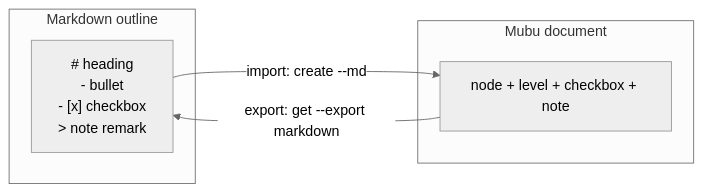
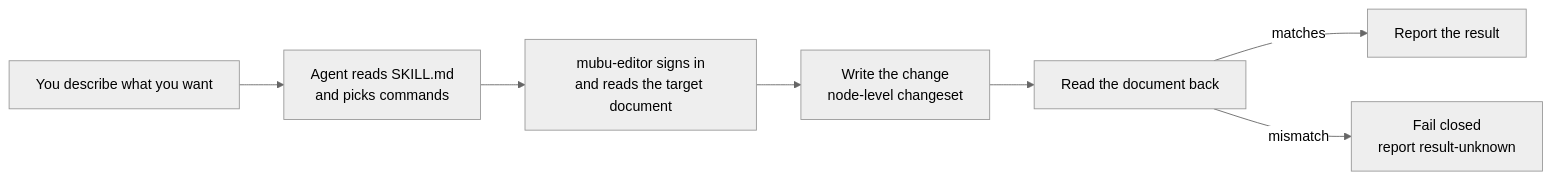
Before and after one commit to Rainier-Z/mubu-editor: the diagram in README.md, drawn with Mermaid (neutral theme). The commit also changed other lines of this file and 8 other files, not shown here.

First line of the commit message:
docs: align on the Agent-Skill positioning and normalise Skill deployment

````diff
--- a/README.md
+++ b/README.md
@@ -179,11 +58,9 @@
 ```mermaid
 flowchart LR
-    subgraph MD[Markdown outline]
-        M["# heading<br>- bullet<br>- [x] checkbox<br>&gt; note remark"]
-    end
-    subgraph MU[Mubu document]
-        B["node + level + checkbox + note"]
-    end
-    M -->|import: create --md| B
-    B -->|export: get --export markdown| M
+    A[You describe what you want] --> B[Agent reads SKILL.md<br/>and picks commands]
+    B --> C[mubu-editor signs in<br/>and reads the target document]
+    C --> D[Write the change<br/>node-level changeset]
+    D --> E[Read the document back]
+    E -->|matches| F[Report the result]
+    E -->|mismatch| G[Fail closed<br/>report result-unknown]
 ```
````
